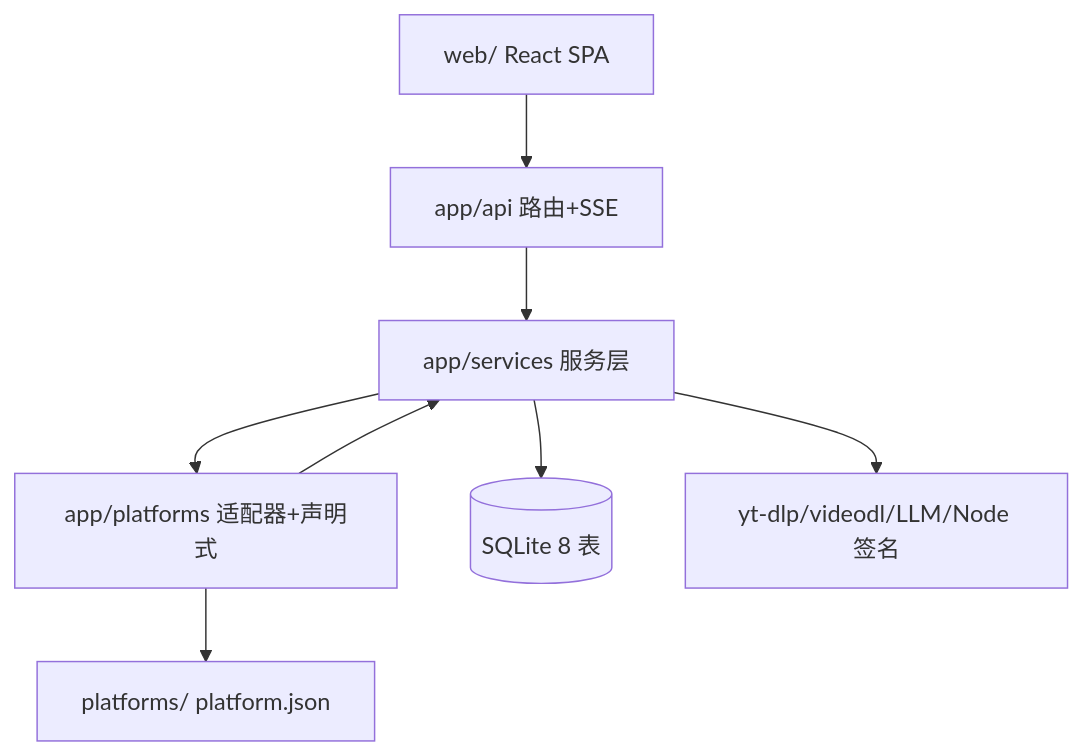
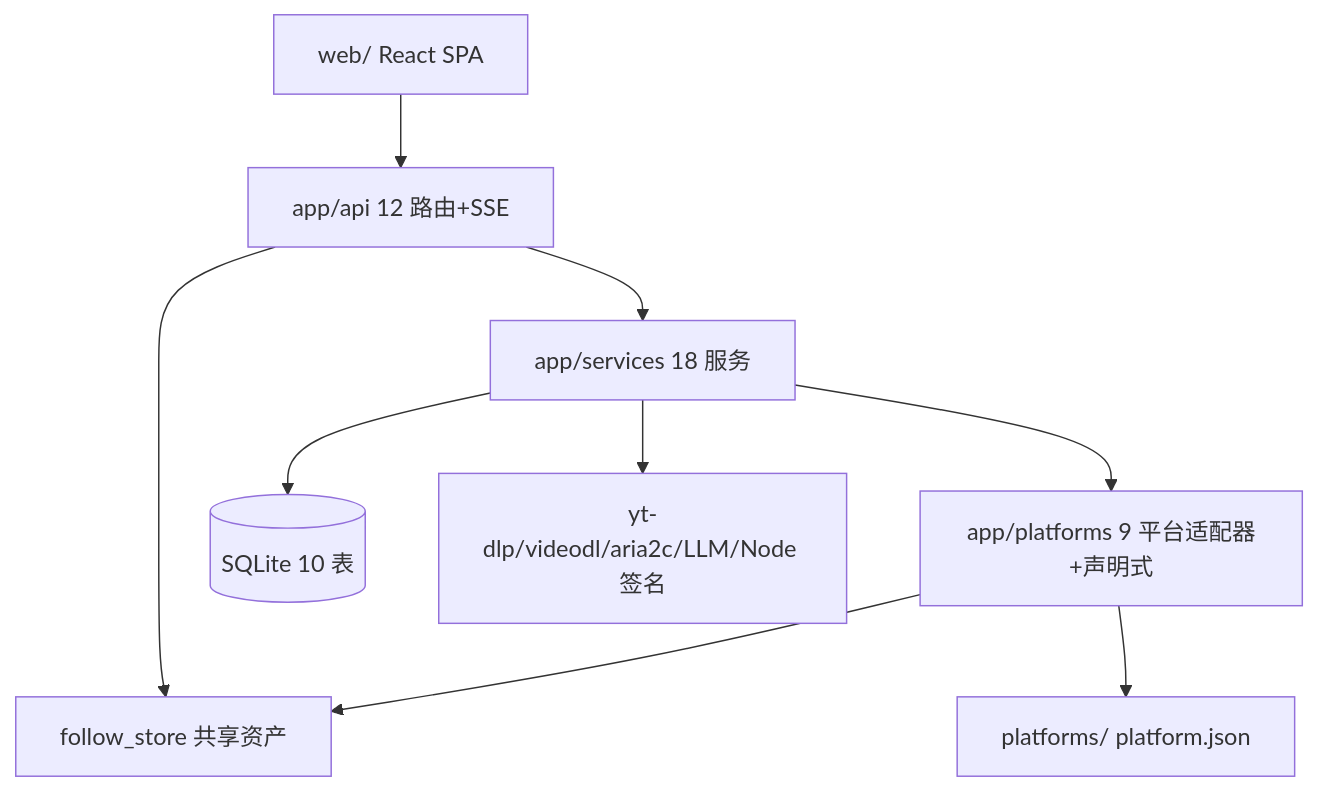
Before and after one commit to hunmer/FavAPI: the diagram in CLAUDE.md, drawn with Mermaid. The commit also changed other lines of this file and 31 other files, not shown here.

````diff
--- a/CLAUDE.md
+++ b/CLAUDE.md
@@ -42,10 +43,11 @@
 ```mermaid
 graph TD
-    spa[web/ React SPA] --> api[app/api 路由+SSE]
-    api --> svc[app/services 服务层]
-    svc --> pf[app/platforms 适配器+声明式]
-    pf --> svc
-    svc --> db[(SQLite 8 表)]
-    svc --> ext[yt-dlp/videodl/LLM/Node 签名]
+    spa[web/ React SPA] --> api[app/api 12 路由+SSE]
+    api --> svc[app/services 18 服务]
+    svc --> pf[app/platforms 9 平台适配器+声明式]
+    pf --> fstore[follow_store 共享资产]
+    api --> fstore
+    svc --> db[(SQLite 10 表)]
+    svc --> ext[yt-dlp/videodl/aria2c/LLM/Node 签名]
     pf --> cfg[platforms/ platform.json]
 ```
````
